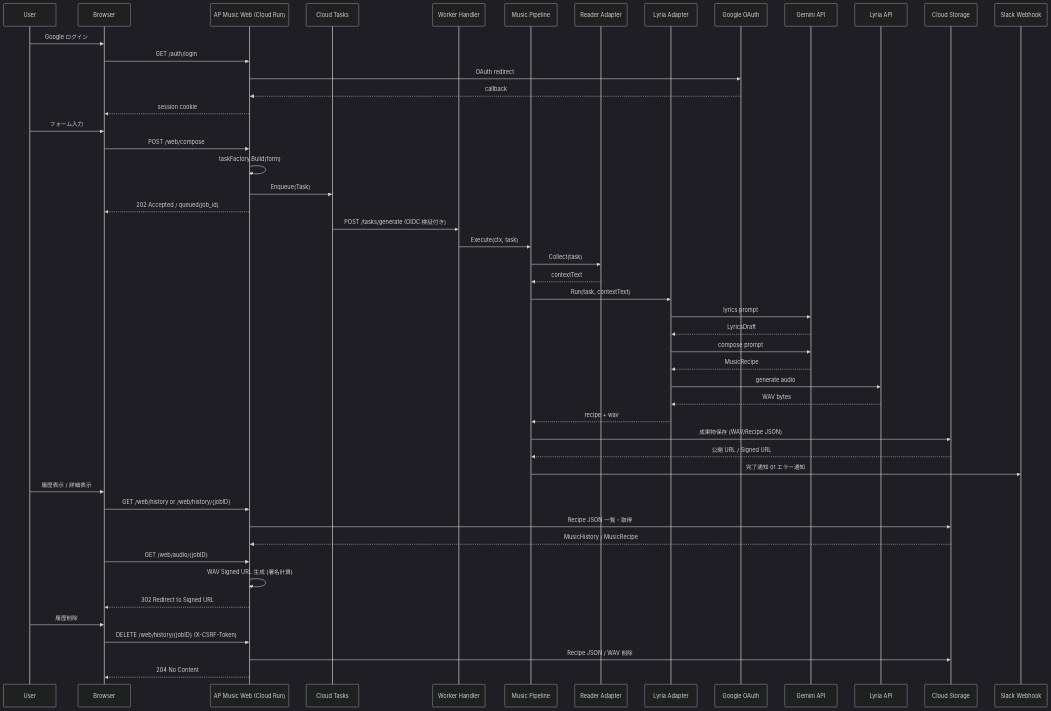
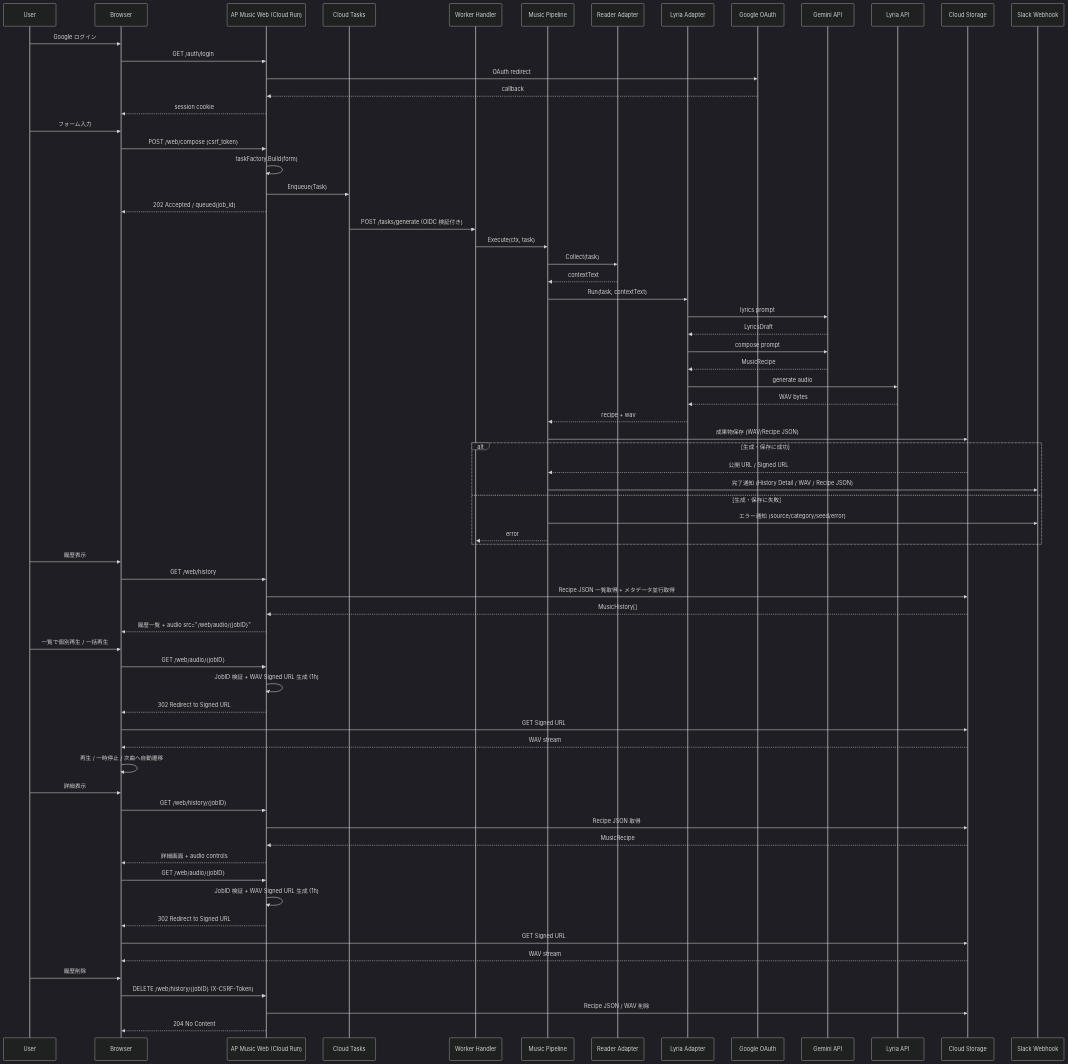
The diagram in README.md (shouni/ap-music), drawn with Mermaid (dark theme) before and after one commit. The commit also changed other lines of this file, not shown here.

Commit message:
Extend README: add OAuth-based control plane details, playback functionality, CSRF protections, and enhanced history management.

````diff
--- a/README.md
+++ b/README.md
@@ -125,60 +126,82 @@
 ```mermaid
 sequenceDiagram
     participant User as User
     participant Browser as Browser
     participant Web as AP Music Web (Cloud Run)
     participant Queue as Cloud Tasks
     participant Worker as Worker Handler
     participant Pipeline as Music Pipeline
     participant Collector as Reader Adapter
     participant Runner as Lyria Adapter
     participant Auth as Google OAuth
     participant Gemini as Gemini API
     participant Lyria as Lyria API
     participant GCS as Cloud Storage
     participant Slack as Slack Webhook
 
     User->>Browser: Google ログイン
     Browser->>Web: GET /auth/login
     Web->>Auth: OAuth redirect
     Auth-->>Web: callback
     Web-->>Browser: session cookie
 
     User->>Browser: フォーム入力
-    Browser->>Web: POST /web/compose
+    Browser->>Web: POST /web/compose (csrf_token)
     Web->>Web: taskFactory.Build(form)
     Web->>Queue: Enqueue(Task)
     Web-->>Browser: 202 Accepted / queued(job_id)
 
     Queue->>Worker: POST /tasks/generate (OIDC 検証付き)
     Worker->>Pipeline: Execute(ctx, task)
 
     Pipeline->>Collector: Collect(task)
     Collector-->>Pipeline: contextText
 
     Pipeline->>Runner: Run(task, contextText)
     Runner->>Gemini: lyrics prompt
     Gemini-->>Runner: LyricsDraft
     Runner->>Gemini: compose prompt
     Gemini-->>Runner: MusicRecipe
     Runner->>Lyria: generate audio
     Lyria-->>Runner: WAV bytes
     Runner-->>Pipeline: recipe + wav
 
     Pipeline->>GCS: 成果物保存 (WAV/Recipe JSON)
-    GCS-->>Pipeline: 公開 URL / Signed URL
-    Pipeline->>Slack: 完了通知 or エラー通知
+    alt 生成・保存に成功
+        GCS-->>Pipeline: 公開 URL / Signed URL
+        Pipeline->>Slack: 完了通知 (History Detail / WAV / Recipe JSON)
+    else 生成・保存に失敗
+        Pipeline->>Slack: エラー通知 (source/category/seed/error)
+        Pipeline-->>Worker: error
+    end
 
-    User->>Browser: 履歴表示 / 詳細表示
-    Browser->>Web: GET /web/history or /web/history/{jobID}
-    Web->>GCS: Recipe JSON 一覧・取得
-    GCS-->>Web: MusicHistory / MusicRecipe
+    User->>Browser: 履歴表示
+    Browser->>Web: GET /web/history
+    Web->>GCS: Recipe JSON 一覧取得 + メタデータ並行取得
+    GCS-->>Web: MusicHistory[]
+    Web-->>Browser: 履歴一覧 + audio src="/web/audio/{jobID}"
+
+    User->>Browser: 一覧で個別再生 / 一括再生
     Browser->>Web: GET /web/audio/{jobID}
-   Web->>Web: WAV Signed URL 生成 (署名計算)
+    Web->>Web: JobID 検証 + WAV Signed URL 生成 (1h)
     Web-->>Browser: 302 Redirect to Signed URL
+    Browser->>GCS: GET Signed URL
+    GCS-->>Browser: WAV stream
+    Browser->>Browser: 再生 / 一時停止 / 次曲へ自動遷移
+
+    User->>Browser: 詳細表示
+    Browser->>Web: GET /web/history/{jobID}
+    Web->>GCS: Recipe JSON 取得
+    GCS-->>Web: MusicRecipe
+    Web-->>Browser: 詳細画面 + audio controls
+    Browser->>Web: GET /web/audio/{jobID}
+    Web->>Web: JobID 検証 + WAV Signed URL 生成 (1h)
+    Web-->>Browser: 302 Redirect to Signed URL
+    Browser->>GCS: GET Signed URL
+    GCS-->>Browser: WAV stream
 
     User->>Browser: 履歴削除
     Browser->>Web: DELETE /web/history/{jobID} (X-CSRF-Token)
     Web->>GCS: Recipe JSON / WAV 削除
     Web-->>Browser: 204 No Content
 ```
````
